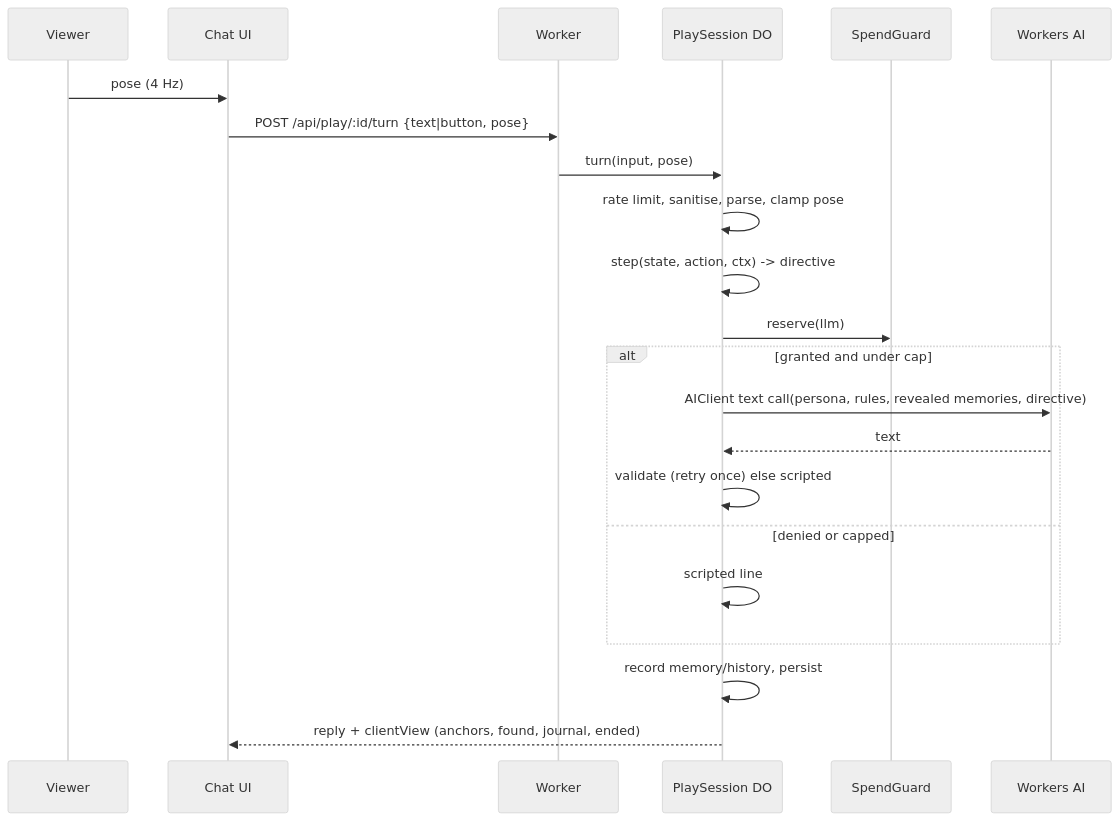
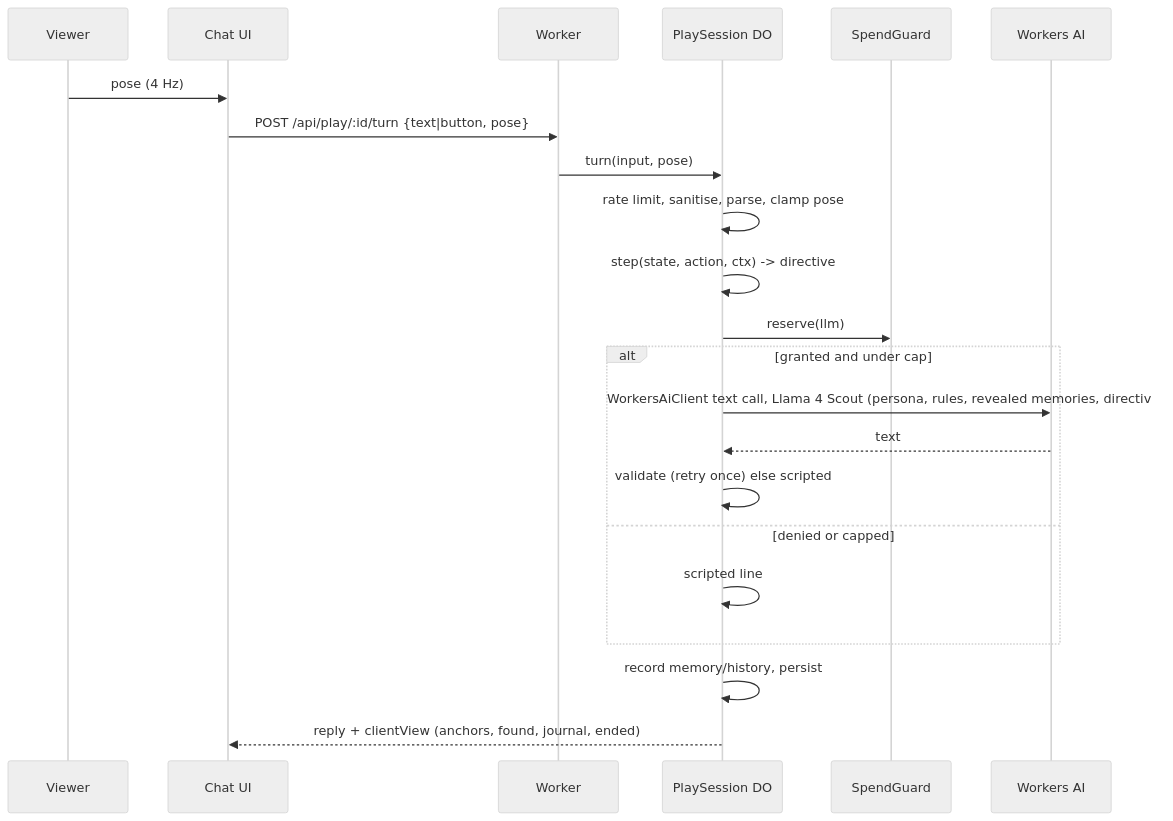
Before and after one commit to diydan/hauntology: the diagram in .kiro/specs/ghost-engine/design.md, drawn with Mermaid (neutral theme). The commit also changed other lines of this file and 81 other files, not shown here.

````diff
--- a/.kiro/specs/ghost-engine/design.md
+++ b/.kiro/specs/ghost-engine/design.md
@@ -15,24 +15,24 @@
 ```mermaid
 sequenceDiagram
   participant V as Viewer
   participant C as Chat UI
   participant A as Worker
   participant S as PlaySession DO
   participant G as SpendGuard
   participant B as Workers AI
   V->>C: pose (4 Hz)
   C->>A: POST /api/play/:id/turn {text|button, pose}
   A->>S: turn(input, pose)
   S->>S: rate limit, sanitise, parse, clamp pose
   S->>S: step(state, action, ctx) -> directive
   S->>G: reserve(llm)
   alt granted and under cap
-    S->>B: AIClient text call(persona, rules, revealed memories, directive)
+    S->>B: WorkersAiClient text call, Llama 4 Scout (persona, rules, revealed memories, directive)
     B-->>S: text
     S->>S: validate (retry once) else scripted
   else denied or capped
     S->>S: scripted line
   end
   S->>S: record memory/history, persist
   S-->>C: reply + clientView (anchors, found, journal, ended)
 ```
````
